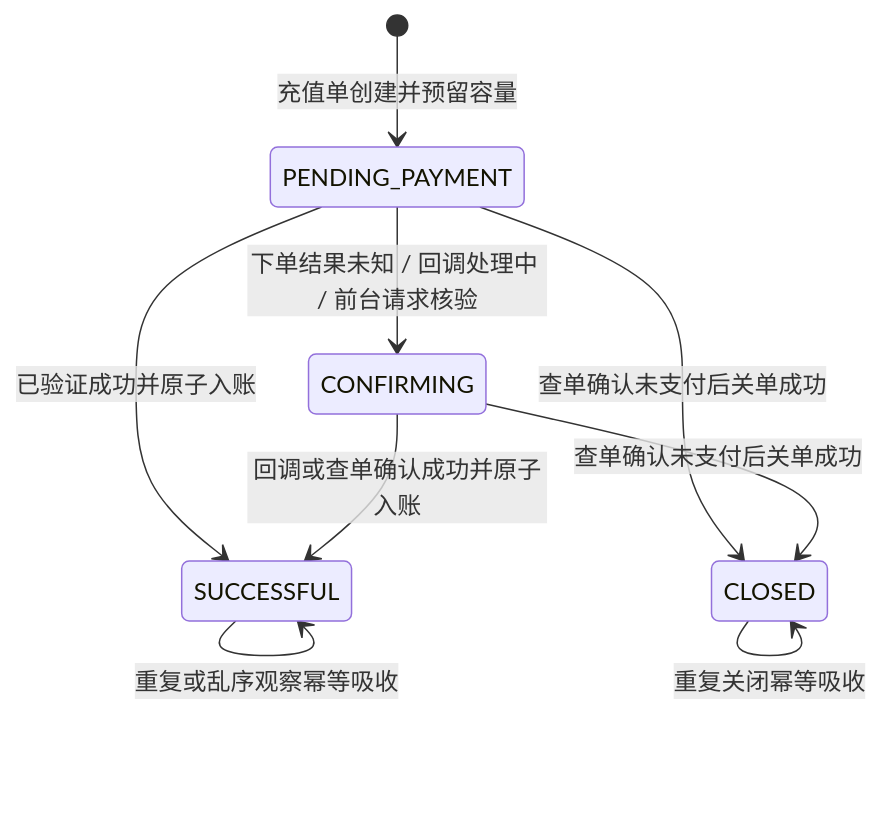
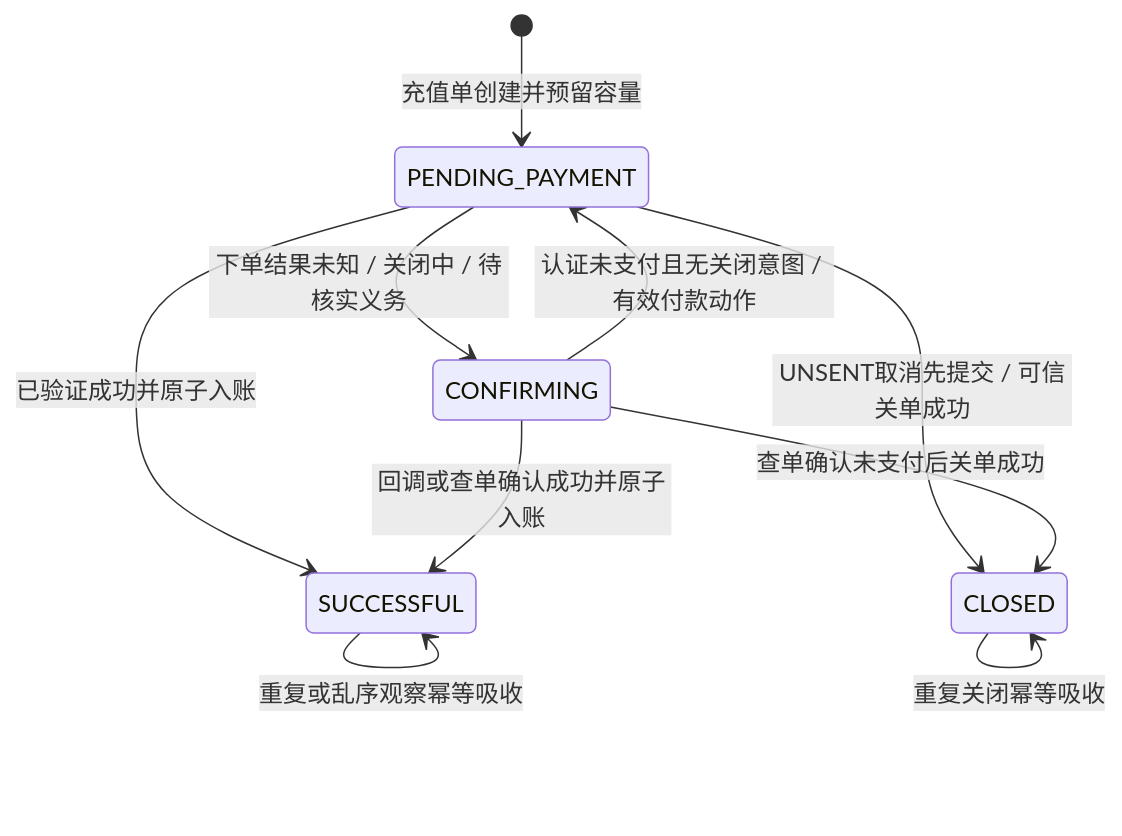
One commit to ZETAVI/GEOEval changed the third of 4 diagrams in openspec/changes/establish-recharge-payments/design.md. Above: the diagram before and after it, drawn with Mermaid. The commit also changed other lines of this file and 44 other files, not shown here.

````diff
--- a/openspec/changes/establish-recharge-payments/design.md
+++ b/openspec/changes/establish-recharge-payments/design.md
@@ -279,11 +304,12 @@
 ```mermaid
 stateDiagram-v2
     [*] --> PENDING_PAYMENT: 充值单创建并预留容量
-    PENDING_PAYMENT --> CONFIRMING: 下单结果未知 / 回调处理中 / 前台请求核验
+    PENDING_PAYMENT --> CONFIRMING: 下单结果未知 / 关闭中 / 待核实义务
     PENDING_PAYMENT --> SUCCESSFUL: 已验证成功并原子入账
+    CONFIRMING --> PENDING_PAYMENT: 认证未支付且无关闭意图 / 有效付款动作
     CONFIRMING --> SUCCESSFUL: 回调或查单确认成功并原子入账
-    PENDING_PAYMENT --> CLOSED: 查单确认未支付后关单成功
+    PENDING_PAYMENT --> CLOSED: UNSENT取消先提交 / 可信关单成功
     CONFIRMING --> CLOSED: 查单确认未支付后关单成功
     SUCCESSFUL --> SUCCESSFUL: 重复或乱序观察幂等吸收
     CLOSED --> CLOSED: 重复关闭幂等吸收
 ```
````
